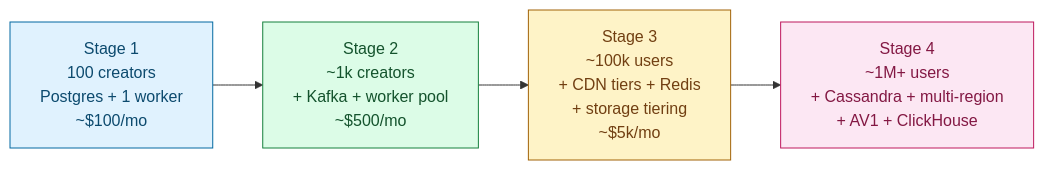
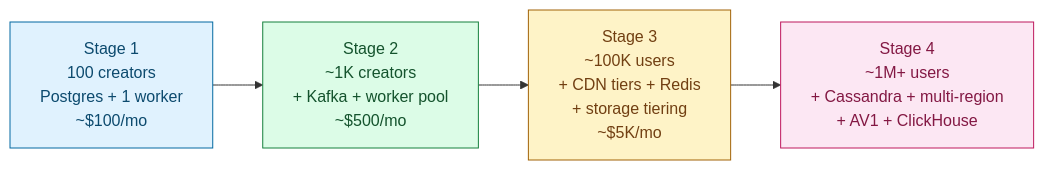
Diagram 16 of 16 in _practice/system-design/006-video-streaming.md (shiningflash/shiningflash.github.io), drawn with Mermaid before and after one commit. The commit also changed other lines of this file and 18 other files, not shown here.

````diff
--- a/_practice/system-design/006-video-streaming.md
+++ b/_practice/system-design/006-video-streaming.md
@@ -1056,14 +1093,14 @@
 ```mermaid
 flowchart LR
     S1["Stage 1<br/>100 creators<br/>Postgres + 1 worker<br/>~$100/mo"]:::s1
-    S2["Stage 2<br/>~1k creators<br/>+ Kafka + worker pool<br/>~$500/mo"]:::s2
-    S3["Stage 3<br/>~100k users<br/>+ CDN tiers + Redis<br/>+ storage tiering<br/>~$5k/mo"]:::s3
+    S2["Stage 2<br/>~1K creators<br/>+ Kafka + worker pool<br/>~$500/mo"]:::s2
+    S3["Stage 3<br/>~100K users<br/>+ CDN tiers + Redis<br/>+ storage tiering<br/>~$5K/mo"]:::s3
     S4["Stage 4<br/>~1M+ users<br/>+ Cassandra + multi-region<br/>+ AV1 + ClickHouse"]:::s4
 
     S1 --> S2 --> S3 --> S4
 
     classDef s1 fill:#e0f2fe,stroke:#0369a1,color:#0c4a6e
     classDef s2 fill:#dcfce7,stroke:#15803d,color:#14532d
     classDef s3 fill:#fef3c7,stroke:#a16207,color:#713f12
     classDef s4 fill:#fce7f3,stroke:#be185d,color:#831843
 ```
````
